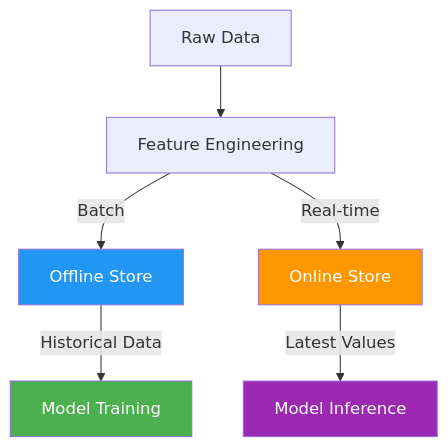
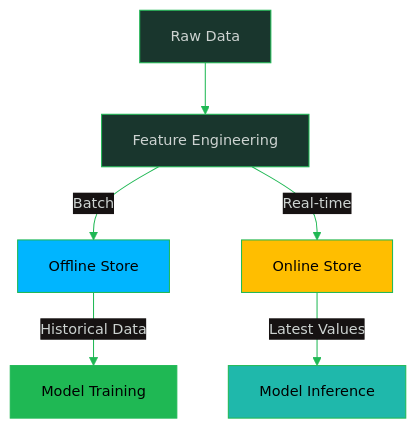
One commit to oat431/swe-knowledge changed the second of 5 diagrams in computing-foundation-note/Artificial_Intelligence/09_AI_SE_Intersection.md. Above: the diagram before and after it, drawn with Mermaid. The commit also changed other lines of this file and 139 other files, not shown here.

````diff
--- a/computing-foundation-note/Artificial_Intelligence/09_AI_SE_Intersection.md
+++ b/computing-foundation-note/Artificial_Intelligence/09_AI_SE_Intersection.md
@@ -396,13 +398,14 @@
 ```mermaid
+%%{init: {'theme':'base','themeVariables':{'primaryColor':'#19362D','primaryTextColor':'#CDD3D1','primaryBorderColor':'#1FB854','lineColor':'#1FB854','secondaryColor':'#161212','tertiaryColor':'#1B1717','background':'#1B1717','mainBkg':'#19362D','nodeBorder':'#1FB854','clusterBkg':'#161212','clusterBorder':'#19362D','titleColor':'#1FB854','edgeLabelBackground':'#161212','fontSize':'14px'}}}%%
 flowchart TD
     RAW[Raw Data] --> FE[Feature Engineering]
     FE -->|Batch| OFFLINE[Offline Store]
     FE -->|Real-time| ONLINE[Online Store]
     OFFLINE -->|Historical Data| TRAIN[Model Training]
     ONLINE -->|Latest Values| INFER[Model Inference]
 
-    style OFFLINE fill:#2196F3,color:#fff
-    style ONLINE fill:#FF9800,color:#fff
-    style TRAIN fill:#4CAF50,color:#fff
-    style INFER fill:#9C27B0,color:#fff
+    style OFFLINE fill:#00B5FF,color:#000000
+    style ONLINE fill:#FFBE00,color:#000000
+    style TRAIN fill:#1FB854,color:#000000
+    style INFER fill:#1FB8AB,color:#000000
 ```
````
